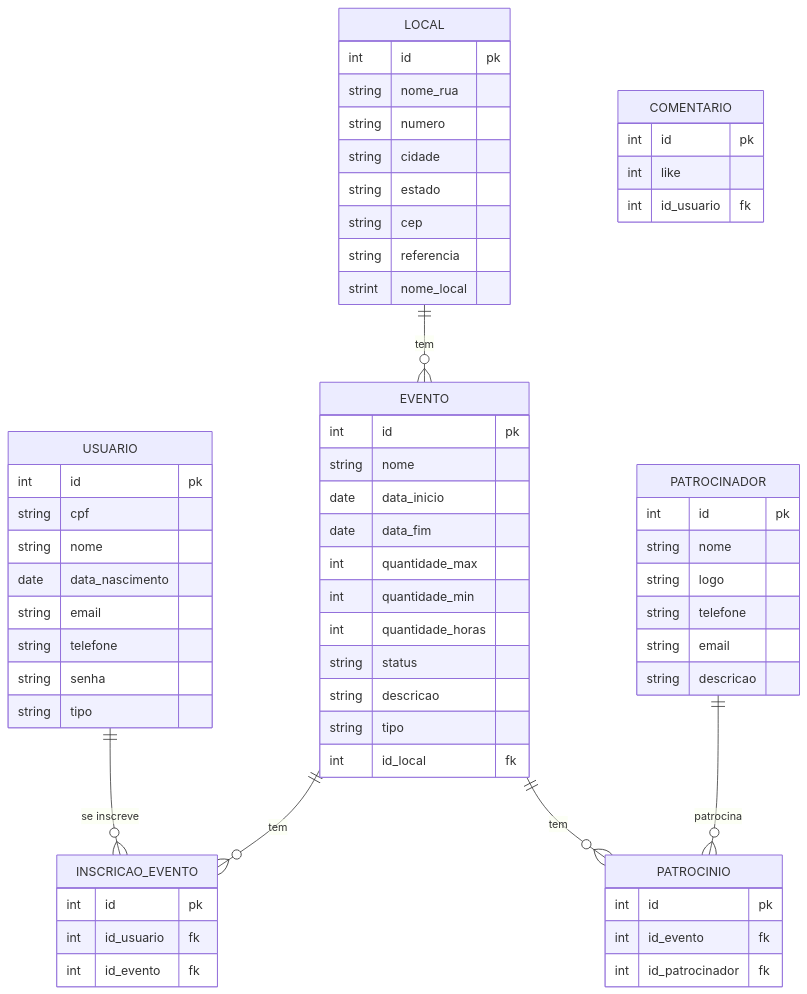
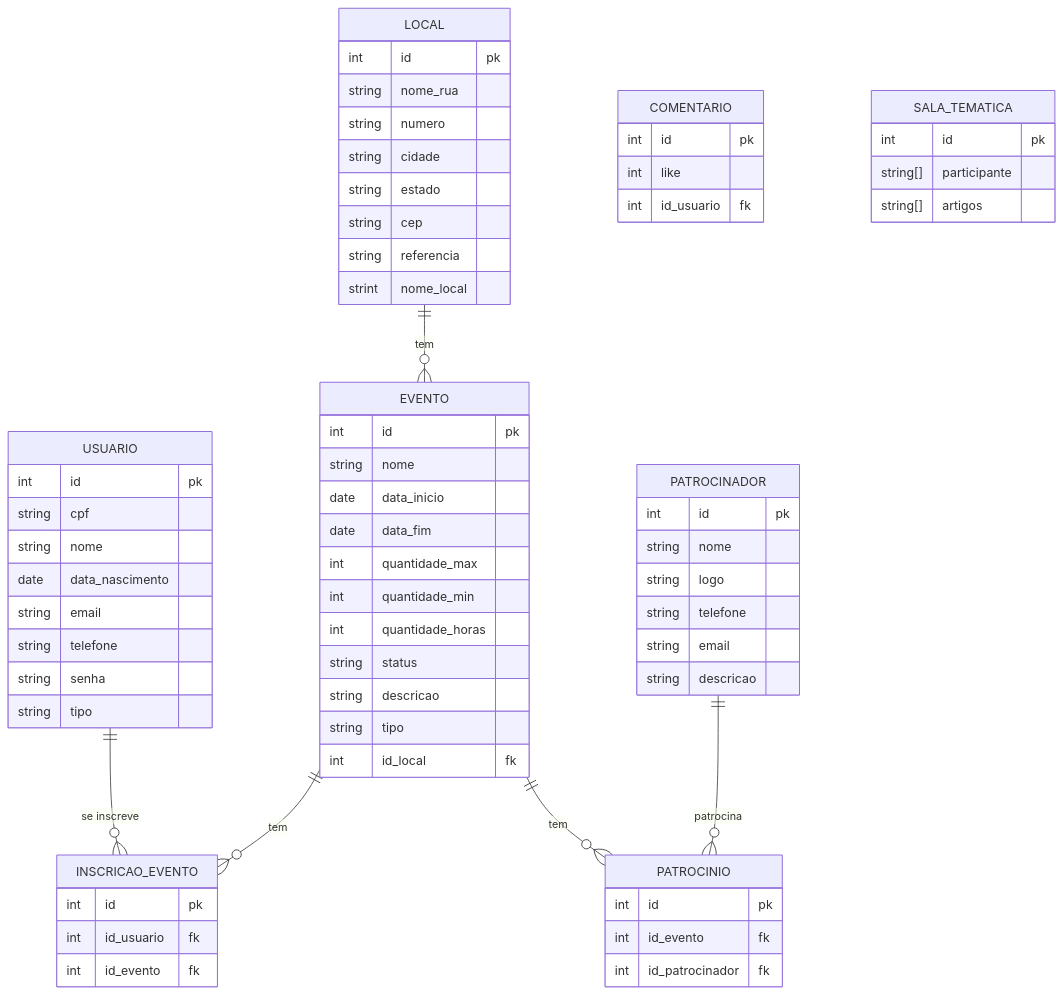
One commit to tallysdev/eventSync changed the diagram in docs/doc-visao.md. Above: the diagram before and after it, drawn with Mermaid.

Commit message:
docs: add "SALA_TEMATICA" no modelo ER #32

````diff
--- a/docs/doc-visao.md
+++ b/docs/doc-visao.md
@@ -115,75 +115,81 @@
 ```mermaid
 erDiagram
     USUARIO {
         int id pk
         string cpf
         string nome
         date data_nascimento
         string email
         string telefone
         string senha
         string tipo
     }
 
     INSCRICAO_EVENTO {
         int id pk
         int id_usuario fk
         int id_evento fk
     }
 
     EVENTO {
         int id pk
         string nome
         date data_inicio
         date data_fim
         int quantidade_max
         int quantidade_min
         int quantidade_horas
         string status
         string descricao
         string tipo
         int id_local fk
     }
 
     LOCAL {
         int id pk
         string nome_rua
         string numero
         string cidade
         string estado
         string cep
         string referencia
         strint nome_local
     }
 
     PATROCINIO {
         int id pk
         int id_evento fk
         int id_patrocinador fk
     }
 
     PATROCINADOR {
         int id pk
         string nome
         string logo
         string telefone
         string email
         string descricao
     }
 
     COMENTARIO {
         int id pk
         int like
         int id_usuario fk
     }
 
+    SALA_TEMATICA {
+        int id pk
+        string[] participante
+        string[] artigos
+    }
+
     USUARIO ||--o{ INSCRICAO_EVENTO : "se inscreve"
 
     EVENTO ||--o{ INSCRICAO_EVENTO : "tem"
 
     LOCAL ||--o{ EVENTO : "tem"
 
     EVENTO ||--o{ PATROCINIO : "tem"
 
     PATROCINADOR ||--o{ PATROCINIO : "patrocina"
 ```
````
